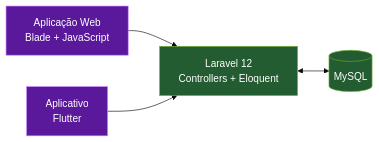
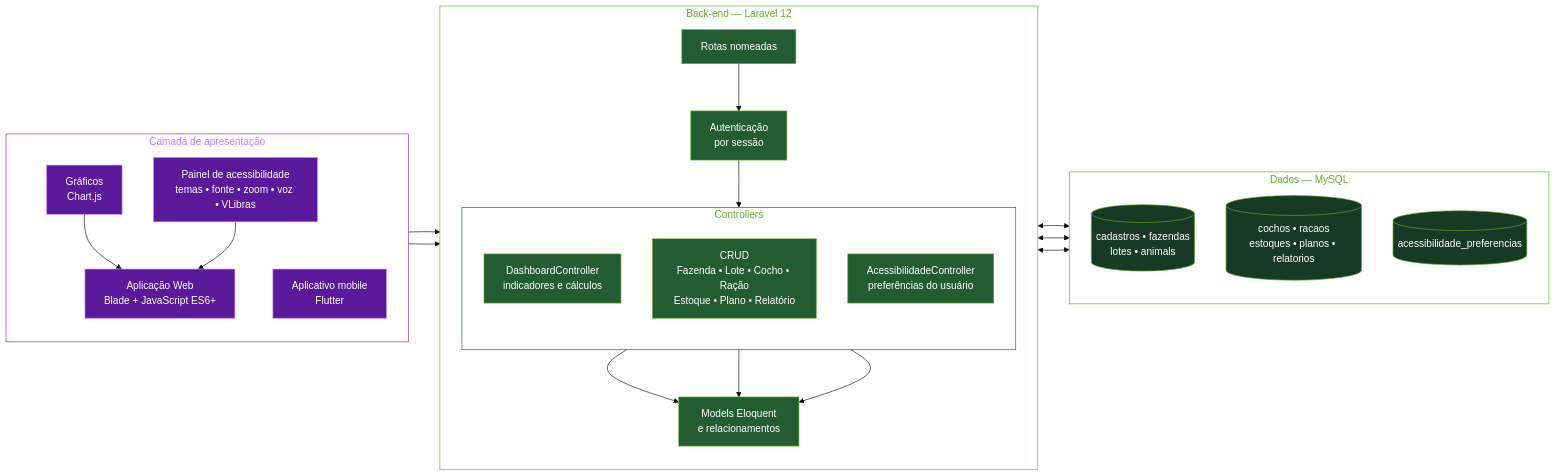
The diagram in README.md (brunafigueirasilva/brunafigueirasilva), drawn with Mermaid (base theme) before and after one commit. The commit also changed other lines of this file, not shown here.

````diff
--- a/README.md
+++ b/README.md
@@ -91,11 +126,53 @@
 ```mermaid
 flowchart LR
-    W["Aplicação Web<br/>Blade + JavaScript"] --> L["Laravel 12<br/>Controllers + Eloquent"]
-    M["Aplicativo<br/>Flutter"] --> L
-    L <--> DB[("MySQL")]
+    subgraph C["Camada de apresentação"]
+        direction TB
+        W["Aplicação Web<br/>Blade + JavaScript ES6+"]
+        G["Gráficos<br/>Chart.js"]
+        AC["Painel de acessibilidade<br/>temas • fonte • zoom • voz • VLibras"]
+        M["Aplicativo mobile<br/>Flutter"]
+    end
+
+    subgraph B["Back-end — Laravel 12"]
+        direction TB
+        R["Rotas nomeadas"]
+        AU["Autenticação<br/>por sessão"]
+        subgraph CT["Controllers"]
+            direction TB
+            DC["DashboardController<br/>indicadores e cálculos"]
+            CR["CRUD<br/>Fazenda • Lote • Cocho • Ração<br/>Estoque • Plano • Relatório"]
+            AP["AcessibilidadeController<br/>preferências do usuário"]
+        end
+        MO["Models Eloquent<br/>e relacionamentos"]
+    end
+
+    subgraph D["Dados — MySQL"]
+        direction TB
+        T1[("cadastros • fazendas<br/>lotes • animals")]
+        T2[("cochos • racaos<br/>estoques • planos • relatorios")]
+        T3[("acessibilidade_preferencias")]
+    end
+
+    W --> R
+    G --> W
+    AC --> W
+    M --> R
+    R --> AU --> CT
+    DC --> MO
+    CR --> MO
+    AP --> MO
+    MO <--> T1
+    MO <--> T2
+    MO <--> T3
 
     classDef roxo fill:#5A189A,color:#fff,stroke:#C77DFF
     classDef verde fill:#245C32,color:#fff,stroke:#6AAA2E
-    class W,M roxo
-    class L,DB verde
+    classDef escuro fill:#163A24,color:#fff,stroke:#6AAA2E
+    class W,G,AC,M roxo
+    class R,AU,DC,CR,AP,MO verde
+    class T1,T2,T3 escuro
+    style C fill:transparent,stroke:#7B2CBF,color:#C77DFF
+    style B fill:transparent,stroke:#6AAA2E,color:#6AAA2E
+    style CT fill:transparent,stroke:#245C32,color:#6AAA2E
+    style D fill:transparent,stroke:#6AAA2E,color:#6AAA2E
 ```
````
